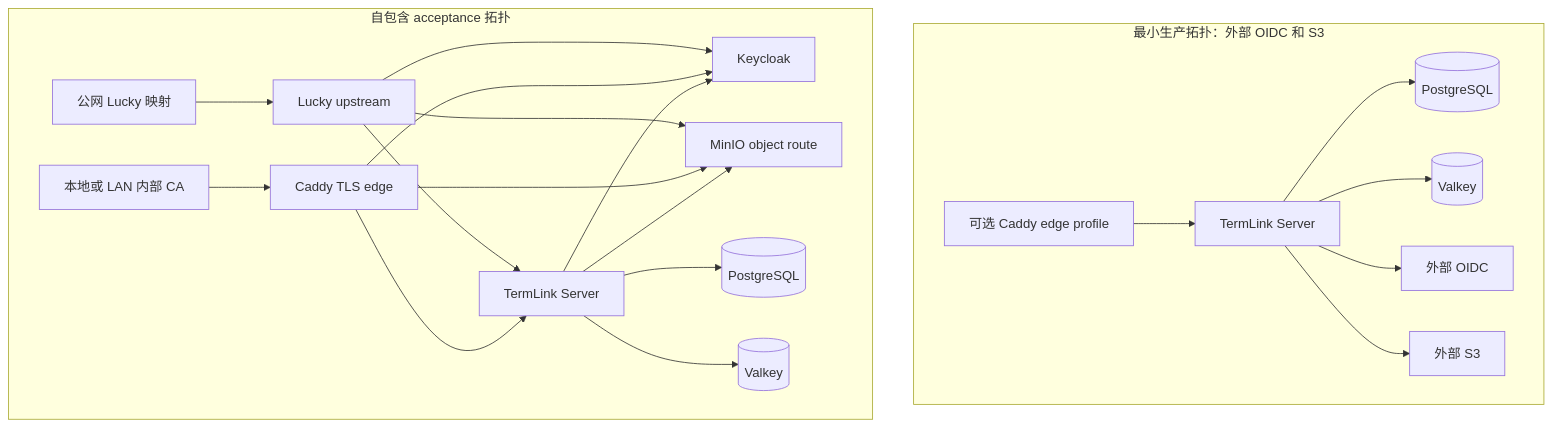
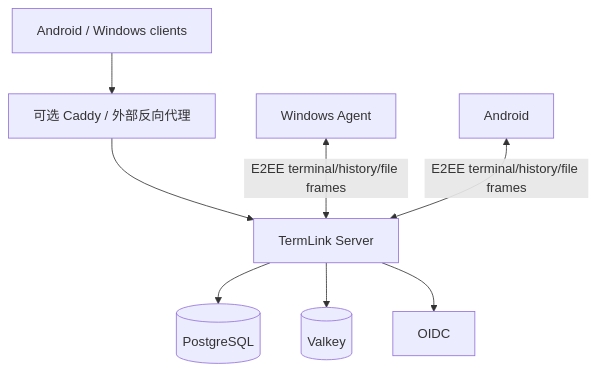
The seventh of 7 diagrams in docs/REMOTE_FILE_OPERATIONS_E2E.md (myucxy/TermLink), drawn with Mermaid before and after one commit. The commit also changed other lines of this file and 161 other files, not shown here.

Commit message:
feat(storage): move history and transfers off object storage

````diff
--- a/docs/REMOTE_FILE_OPERATIONS_E2E.md
+++ b/docs/REMOTE_FILE_OPERATIONS_E2E.md
@@ -341,25 +318,10 @@
 ```mermaid
 flowchart TB
-    subgraph M[最小生产拓扑：外部 OIDC 和 S3]
-        ME[可选 Caddy edge profile] --> MS[TermLink Server]
-        MS --> MP[(PostgreSQL)]
-        MS --> MV[(Valkey)]
-        MS --> MO[外部 OIDC]
-        MS --> MX[外部 S3]
-    end
-
-    subgraph A[自包含 acceptance 拓扑]
-        PUB[公网 Lucky 映射] --> AL[Lucky upstream]
-        LAN[本地或 LAN 内部 CA] --> AE[Caddy TLS edge]
-        AL --> AS[TermLink Server]
-        AL --> AK[Keycloak]
-        AL --> AM[MinIO object route]
-        AE --> AS
-        AE --> AK
-        AE --> AM
-        AS --> AP[(PostgreSQL)]
-        AS --> AV[(Valkey)]
-        AS --> AK
-        AS --> AM
-    end
+    C[Android / Windows clients] --> E[可选 Caddy / 外部反向代理]
+    E --> S[TermLink Server]
+    S --> P[(PostgreSQL)]
+    S --> V[(Valkey)]
+    S --> O[OIDC]
+    W[Windows Agent] <-->|E2EE terminal/history/file frames| S
+    A[Android] <-->|E2EE terminal/history/file frames| S
 ```
````
